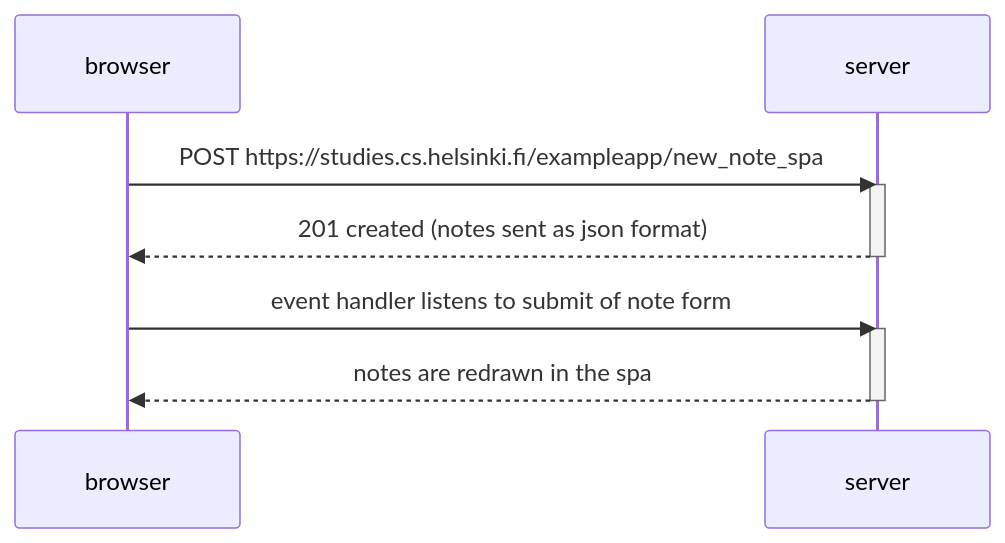
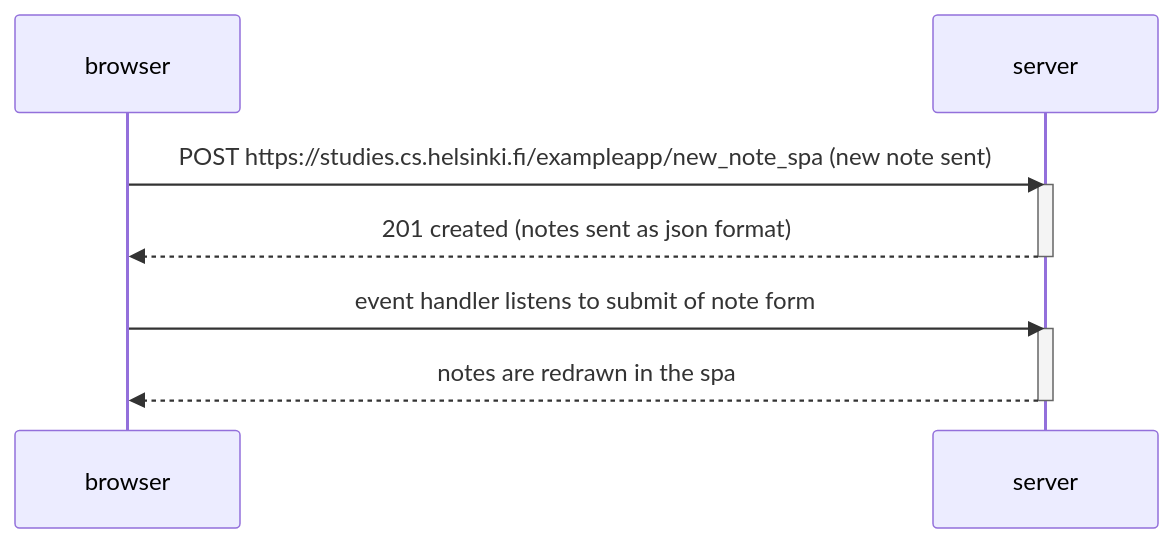
One commit to eduardofuncao/fso changed the diagram in ex06.md. Above: the diagram before and after it, drawn with Mermaid.

````diff
--- a/ex06.md
+++ b/ex06.md
@@ -3,16 +3,16 @@
 ```mermaid
 sequenceDiagram
     participant browser
     participant server
 
-    browser->>server: POST https://studies.cs.helsinki.fi/exampleapp/new_note_spa
+    browser->>server: POST https://studies.cs.helsinki.fi/exampleapp/new_note_spa (new note sent)
     activate server
     server-->>browser: 201 created (notes sent as json format)
     deactivate server
 
     browser->>server: event handler listens to submit of note form
     activate server
     server-->>browser: notes are redrawn in the spa
     deactivate server
 
 ```
````
